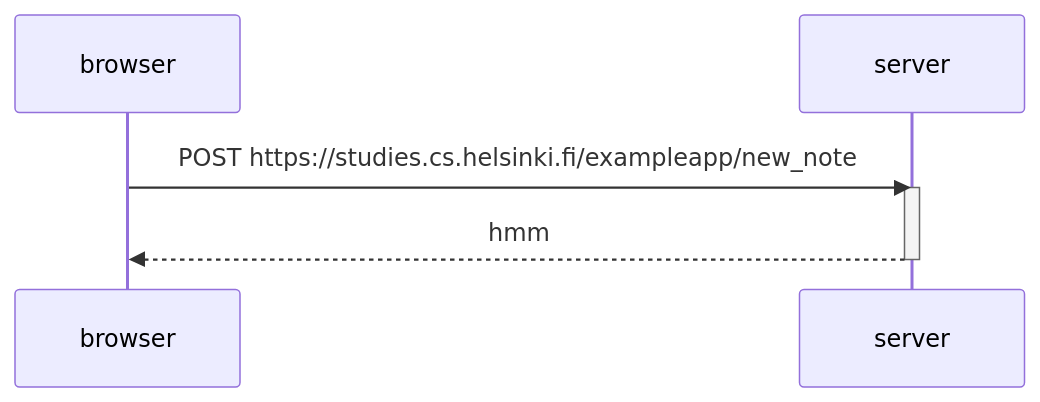
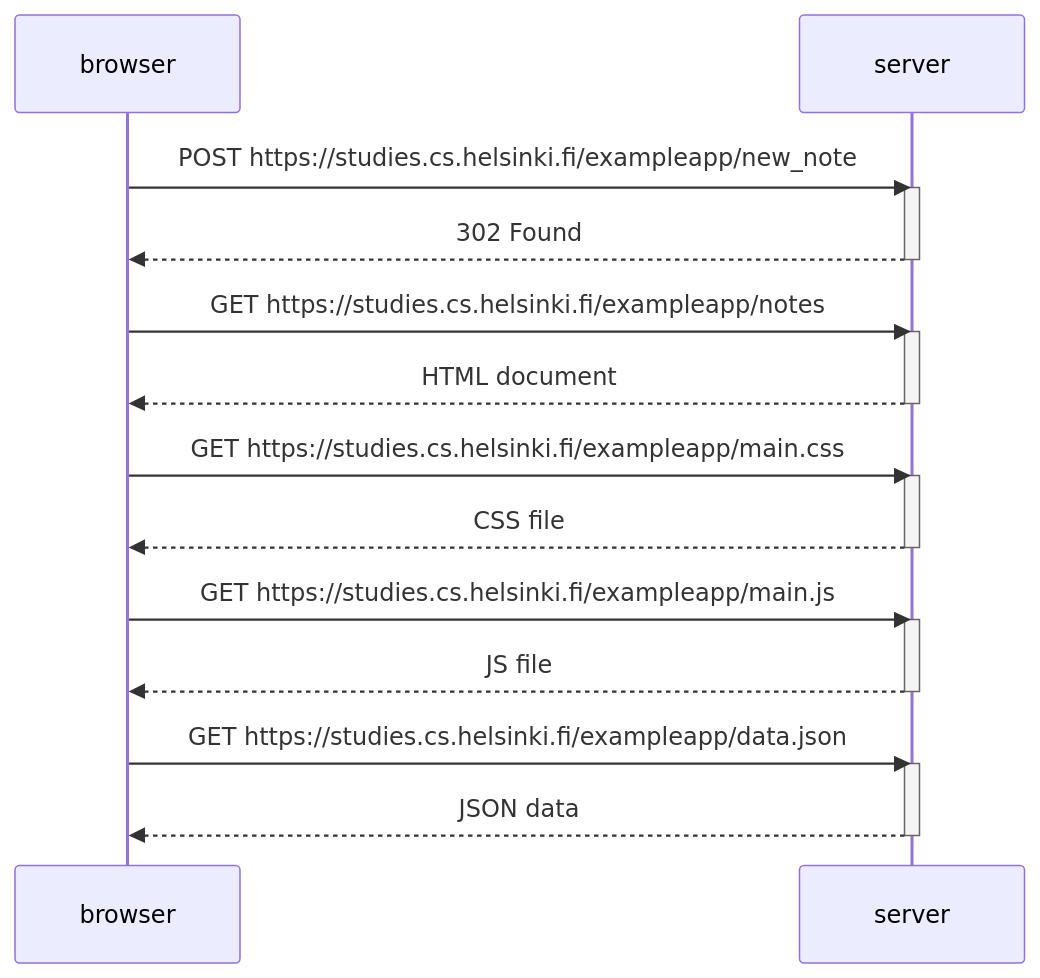
Before and after one commit to matthewstreets/fso: the diagram in part0/newNoteDiagram.md, drawn with Mermaid.

Commit message:
finished newNoteDiagram.md

````diff
--- a/part0/newNoteDiagram.md
+++ b/part0/newNoteDiagram.md
@@ -3,12 +3,31 @@
 ```mermaid
 
 sequenceDiagram
     participant browser
     participant server
 
     browser->>server: POST https://studies.cs.helsinki.fi/exampleapp/new_note
     activate server
-    server-->>browser: hmm
+    server-->>browser: 302 Found
     deactivate server
 
+    browser->>server: GET https://studies.cs.helsinki.fi/exampleapp/notes
+    activate server
+    server-->>browser: HTML document
+    deactivate server
+
+    browser->>server: GET https://studies.cs.helsinki.fi/exampleapp/main.css
+    activate server
+    server-->>browser: CSS file
+    deactivate server
+
+    browser->>server: GET https://studies.cs.helsinki.fi/exampleapp/main.js
+    activate server
+    server-->>browser: JS file
+    deactivate server
+
+    browser->>server: GET https://studies.cs.helsinki.fi/exampleapp/data.json
+    activate server
+    server-->>browser: JSON data
+    deactivate server
 ```
````
